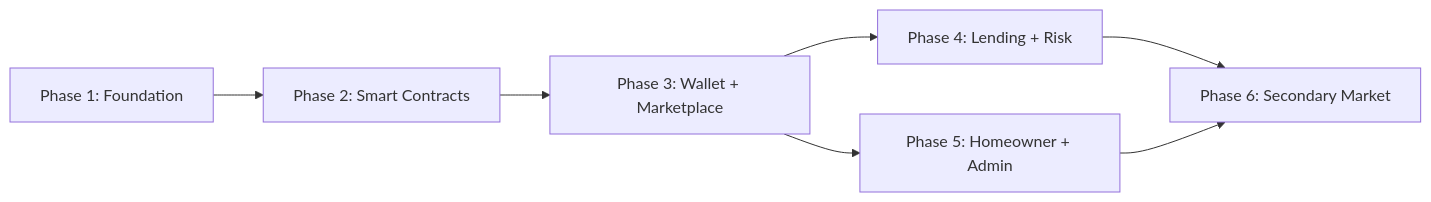
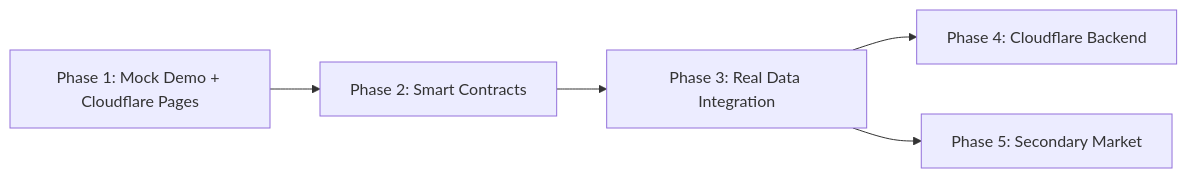
Before and after one commit to Poom5741/SolNest: the diagram in .planning/ROADMAP.md, drawn with Mermaid. The commit also changed other lines of this file and 2 other files, not shown here.

Commit message:
docs: restructure roadmap for mock-first approach + Cloudflare platform

````diff
--- a/.planning/ROADMAP.md
+++ b/.planning/ROADMAP.md
@@ -89,9 +85,7 @@
 ```mermaid
 graph LR
-    P1[Phase 1: Foundation] --> P2[Phase 2: Smart Contracts]
-    P2 --> P3[Phase 3: Wallet + Marketplace]
-    P3 --> P4[Phase 4: Lending + Risk]
-    P3 --> P5[Phase 5: Homeowner + Admin]
-    P4 --> P6[Phase 6: Secondary Market]
-    P5 --> P6
+    P1[Phase 1: Mock Demo + Cloudflare Pages] --> P2[Phase 2: Smart Contracts]
+    P2 --> P3[Phase 3: Real Data Integration]
+    P3 --> P4[Phase 4: Cloudflare Backend]
+    P3 --> P5[Phase 5: Secondary Market]
 ```
````
